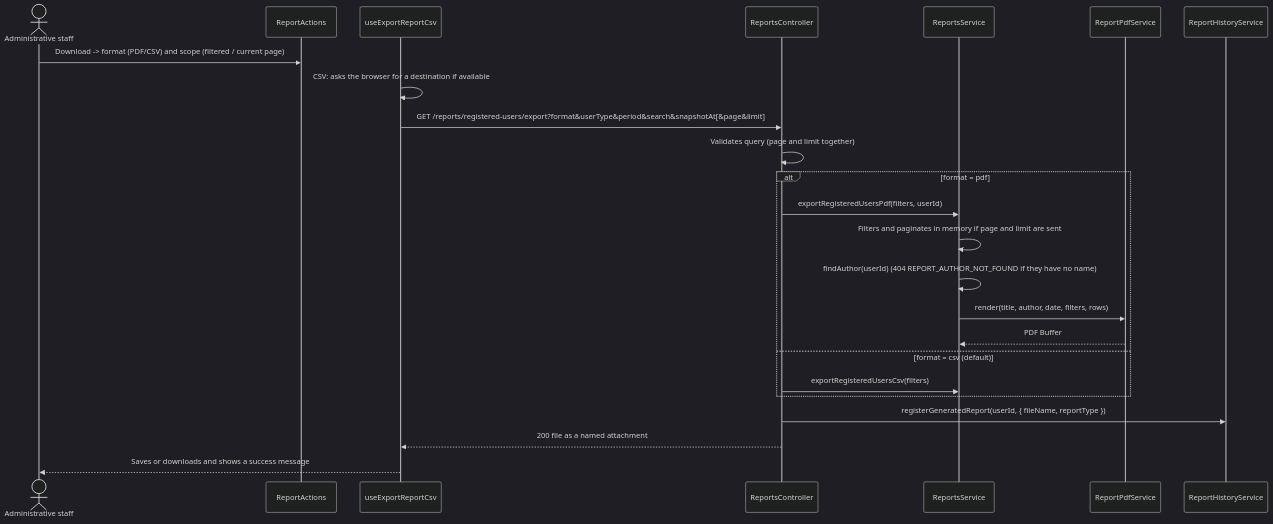
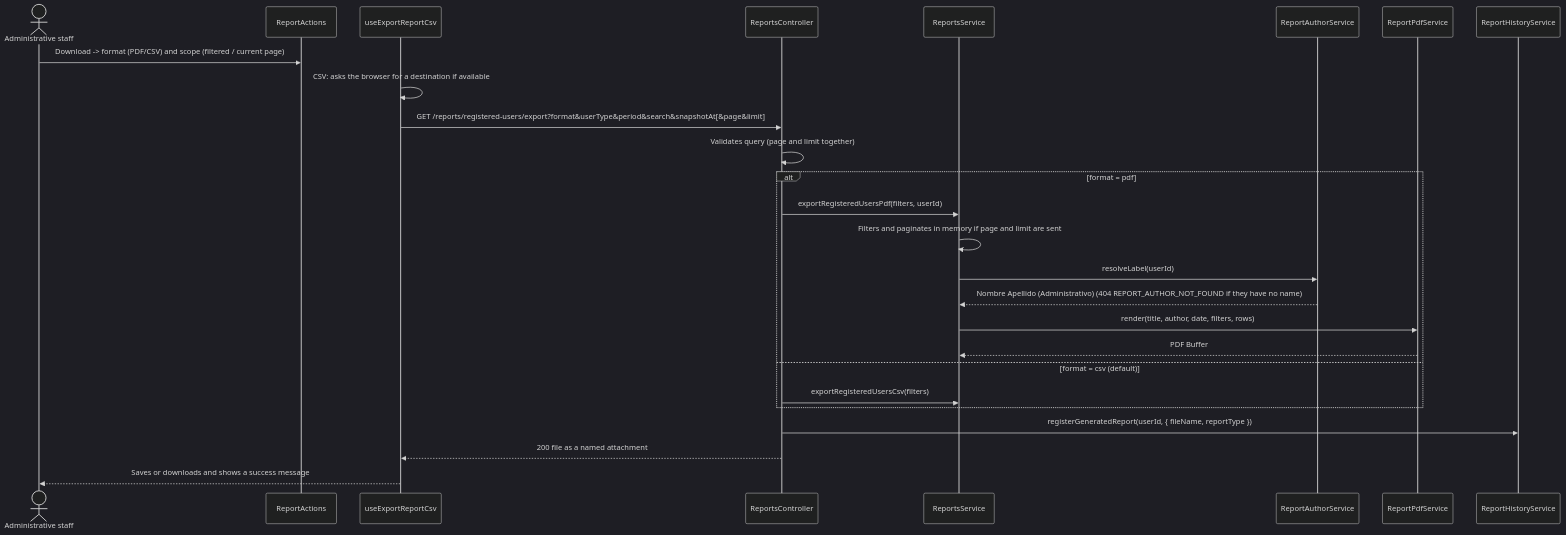
The second of 2 diagrams in docs/reports/README.md (NicolasMG-dev/Epic-4---IS), drawn with Mermaid (dark theme) before and after one commit. The commit also changed other lines of this file and 511 other files, not shown here.

````diff
--- a/docs/reports/README.md
+++ b/docs/reports/README.md
@@ -50,26 +54,28 @@
 ```mermaid
 sequenceDiagram
   actor A as Administrative staff
   participant UI as ReportActions
   participant H as useExportReportCsv
   participant C as ReportsController
   participant S as ReportsService
+  participant AU as ReportAuthorService
   participant P as ReportPdfService
   participant RH as ReportHistoryService
   A->>UI: Download -> format (PDF/CSV) and scope (filtered / current page)
   H->>H: CSV: asks the browser for a destination if available
   H->>C: GET /reports/registered-users/export?format&userType&period&search&snapshotAt[&page&limit]
   C->>C: Validates query (page and limit together)
   alt format = pdf
     C->>S: exportRegisteredUsersPdf(filters, userId)
     S->>S: Filters and paginates in memory if page and limit are sent
-    S->>S: findAuthor(userId) (404 REPORT_AUTHOR_NOT_FOUND if they have no name)
+    S->>AU: resolveLabel(userId)
+    AU-->>S: Nombre Apellido (Administrativo) (404 REPORT_AUTHOR_NOT_FOUND if they have no name)
     S->>P: render(title, author, date, filters, rows)
     P-->>S: PDF Buffer
   else format = csv (default)
     C->>S: exportRegisteredUsersCsv(filters)
   end
   C->>RH: registerGeneratedReport(userId, { fileName, reportType })
   C-->>H: 200 file as a named attachment
   H-->>A: Saves or downloads and shows a success message
 ```
````
